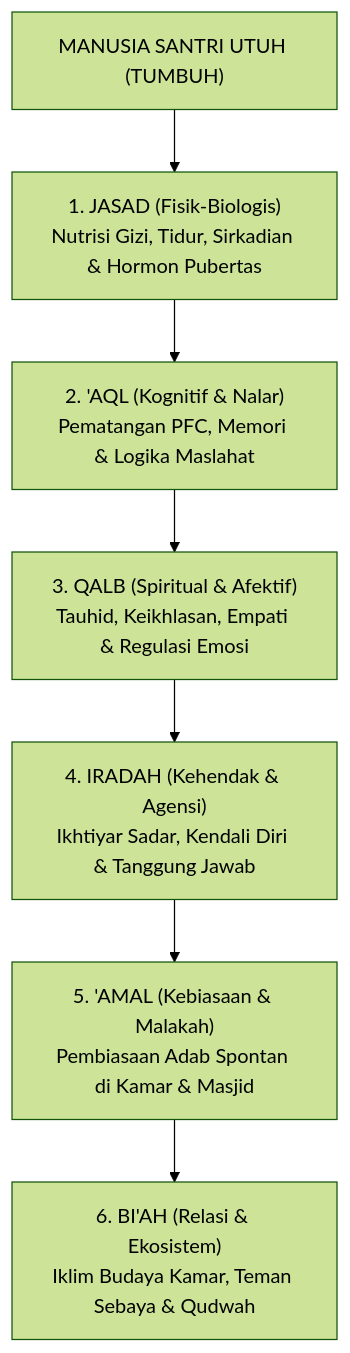
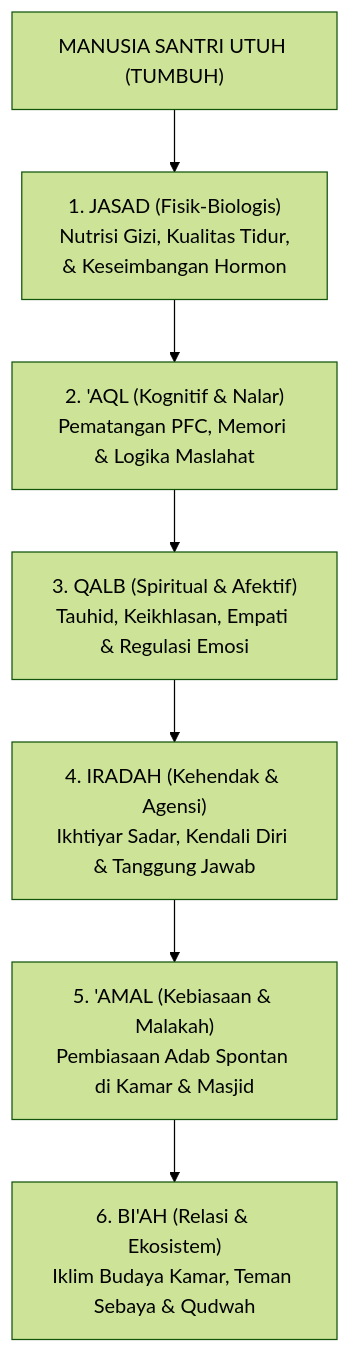
The fourth of 6 diagrams in BOOK Series 1/01-The-Fundamental-of-TUMBUH/Bab-04-Antropologi-Jiwa-Santri-Hakikat-Fitrah-dan-Komponen-Kejiwaan.md (wandiapriliyandi/tumbuh), drawn with Mermaid (forest theme) before and after one commit. The commit also changed other lines of this file and 37 other files, not shown here.

Commit message:
fix(book-01): optimasi pemenggalan teks dan overflow seluruh diagram serta render ulang 20 PDF

````diff
--- a/BOOK Series 1/01-The-Fundamental-of-TUMBUH/Bab-04-Antropologi-Jiwa-Santri-Hakikat-Fitrah-dan-Komponen-Kejiwaan.md
+++ b/BOOK Series 1/01-The-Fundamental-of-TUMBUH/Bab-04-Antropologi-Jiwa-Santri-Hakikat-Fitrah-dan-Komponen-Kejiwaan.md
@@ -143,11 +143,11 @@
 ```mermaid
 graph TD
     A["MANUSIA SANTRI UTUH (TUMBUH)"]
     
-    A --> D1["1. JASAD (Fisik-Biologis)<br/>Nutrisi Gizi, Tidur, Sirkadian & Hormon Pubertas"]
+    A --> D1["1. JASAD (Fisik-Biologis)<br/>Nutrisi Gizi, Kualitas Tidur,<br/>& Keseimbangan Hormon"]
     D1 --> D2["2. 'AQL (Kognitif & Nalar)<br/>Pematangan PFC, Memori & Logika Maslahat"]
     D2 --> D3["3. QALB (Spiritual & Afektif)<br/>Tauhid, Keikhlasan, Empati & Regulasi Emosi"]
     D3 --> D4["4. IRADAH (Kehendak & Agensi)<br/>Ikhtiyar Sadar, Kendali Diri & Tanggung Jawab"]
     D4 --> D5["5. 'AMAL (Kebiasaan & Malakah)<br/>Pembiasaan Adab Spontan di Kamar & Masjid"]
     D5 --> D6["6. BI'AH (Relasi & Ekosistem)<br/>Iklim Budaya Kamar, Teman Sebaya & Qudwah"]
 ```
````
